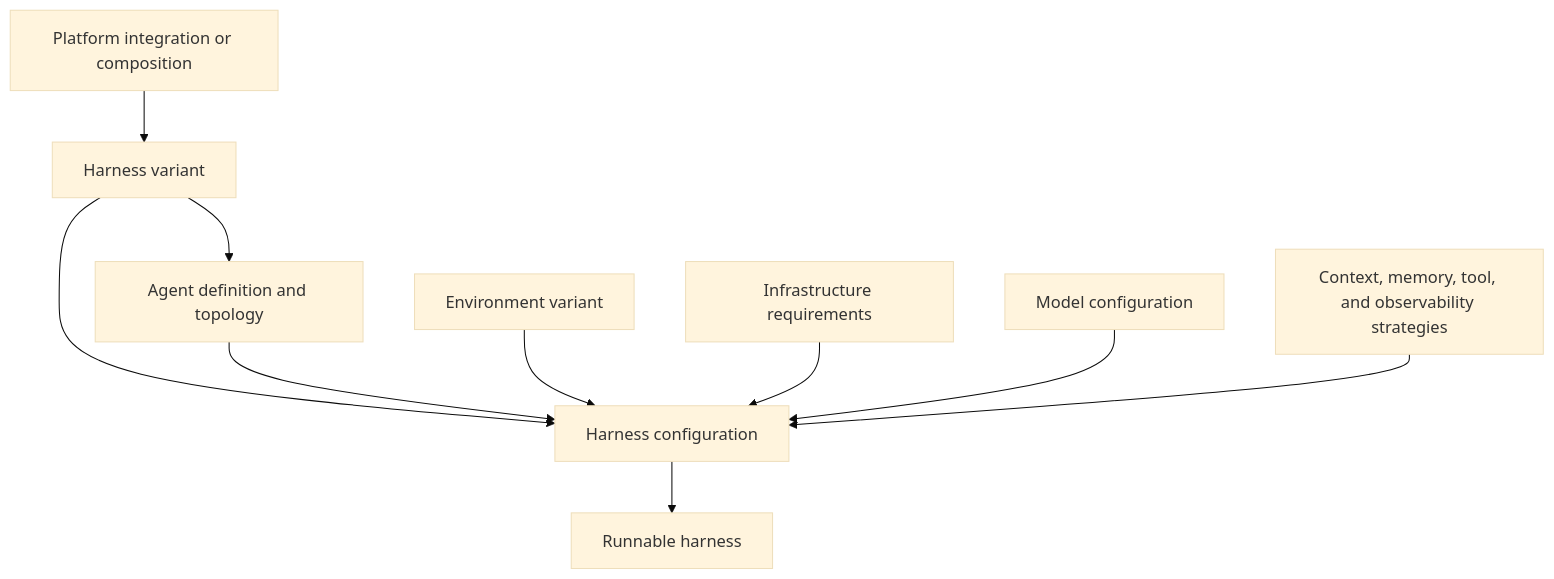
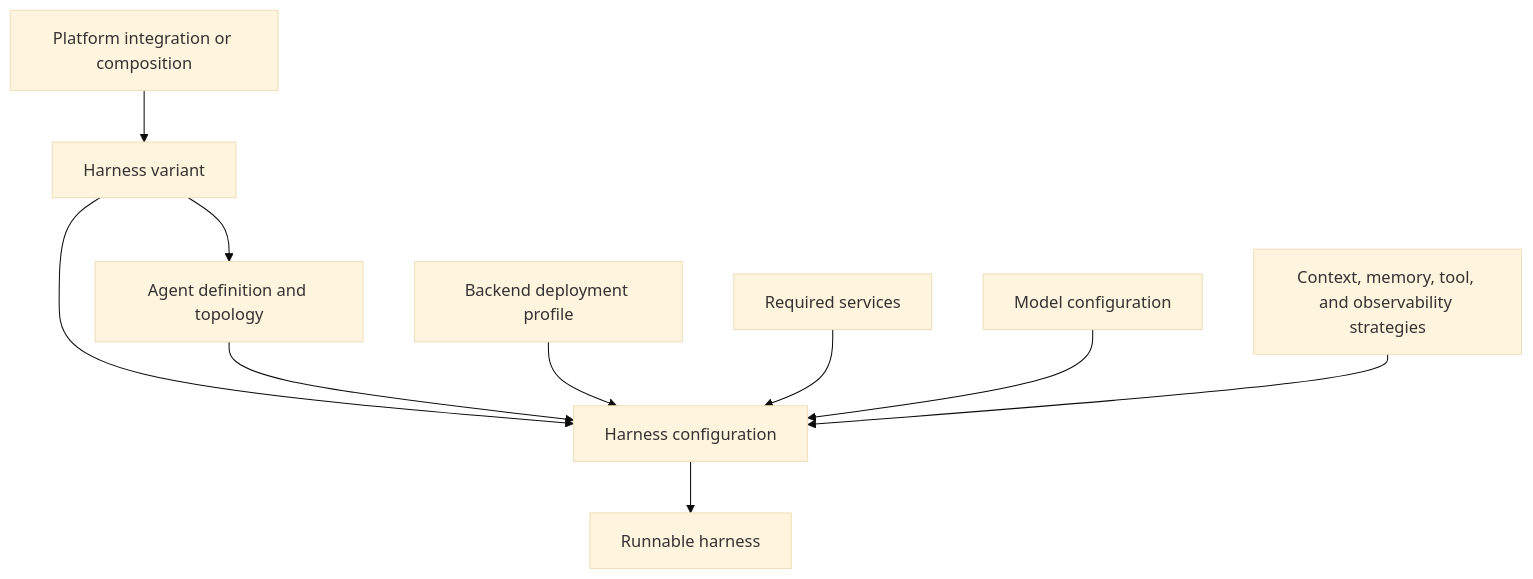
The first of 2 diagrams in docs/architecture/system-overview.md (iamenochchirima/agents-lab), drawn with Mermaid (base theme) before and after one commit. The commit also changed other lines of this file and 126 other files, not shown here.

Commit message:
chore: establish computer native architecture

````diff
--- a/docs/architecture/system-overview.md
+++ b/docs/architecture/system-overview.md
@@ -18,22 +18,22 @@
 ```mermaid
 flowchart TD
   Platform[Platform integration or composition]
   Variant[Harness variant]
   Agent[Agent definition and topology]
-  Environment[Environment variant]
-  Infrastructure[Infrastructure requirements]
+  Deployment[Backend deployment profile]
+  Infrastructure[Required services]
   Model[Model configuration]
   Strategies[Context, memory, tool, and observability strategies]
   Configuration[Harness configuration]
   Harness[Runnable harness]
 
   Platform --> Variant
   Variant --> Agent
   Variant --> Configuration
   Agent --> Configuration
-  Environment --> Configuration
+  Deployment --> Configuration
   Infrastructure --> Configuration
   Model --> Configuration
   Strategies --> Configuration
   Configuration --> Harness
 ```
````
